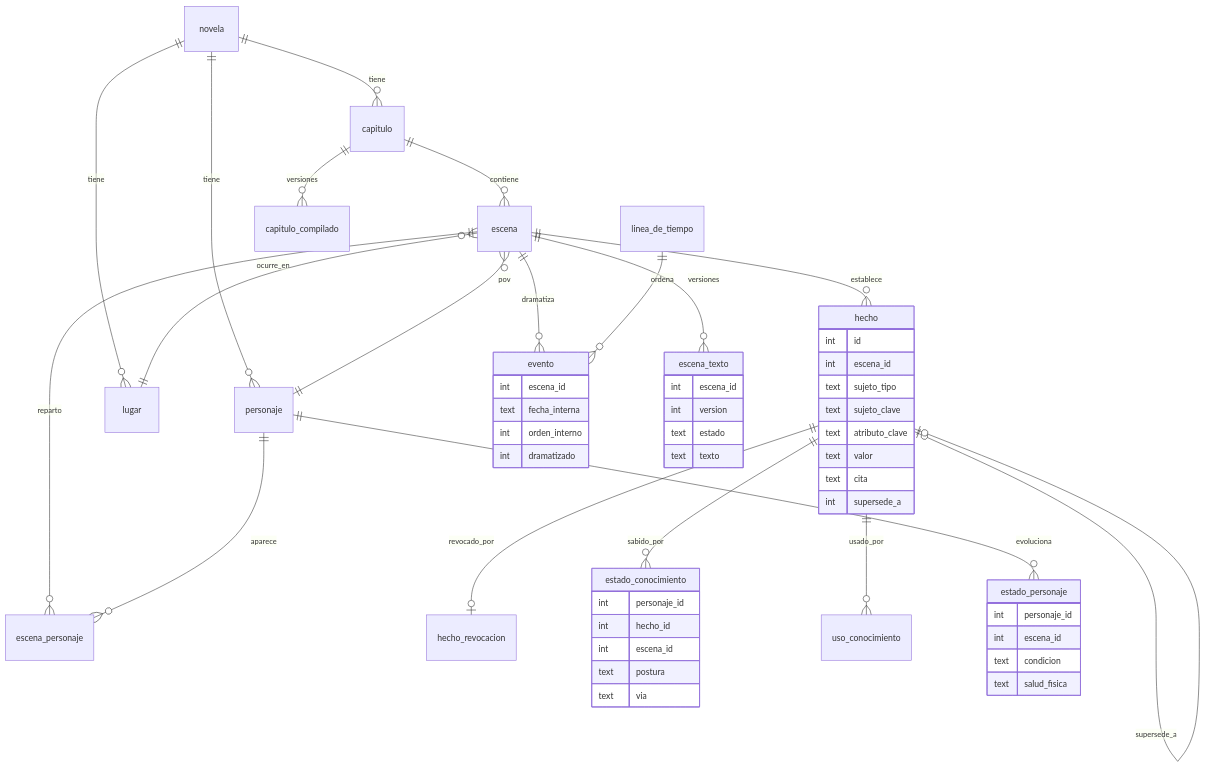
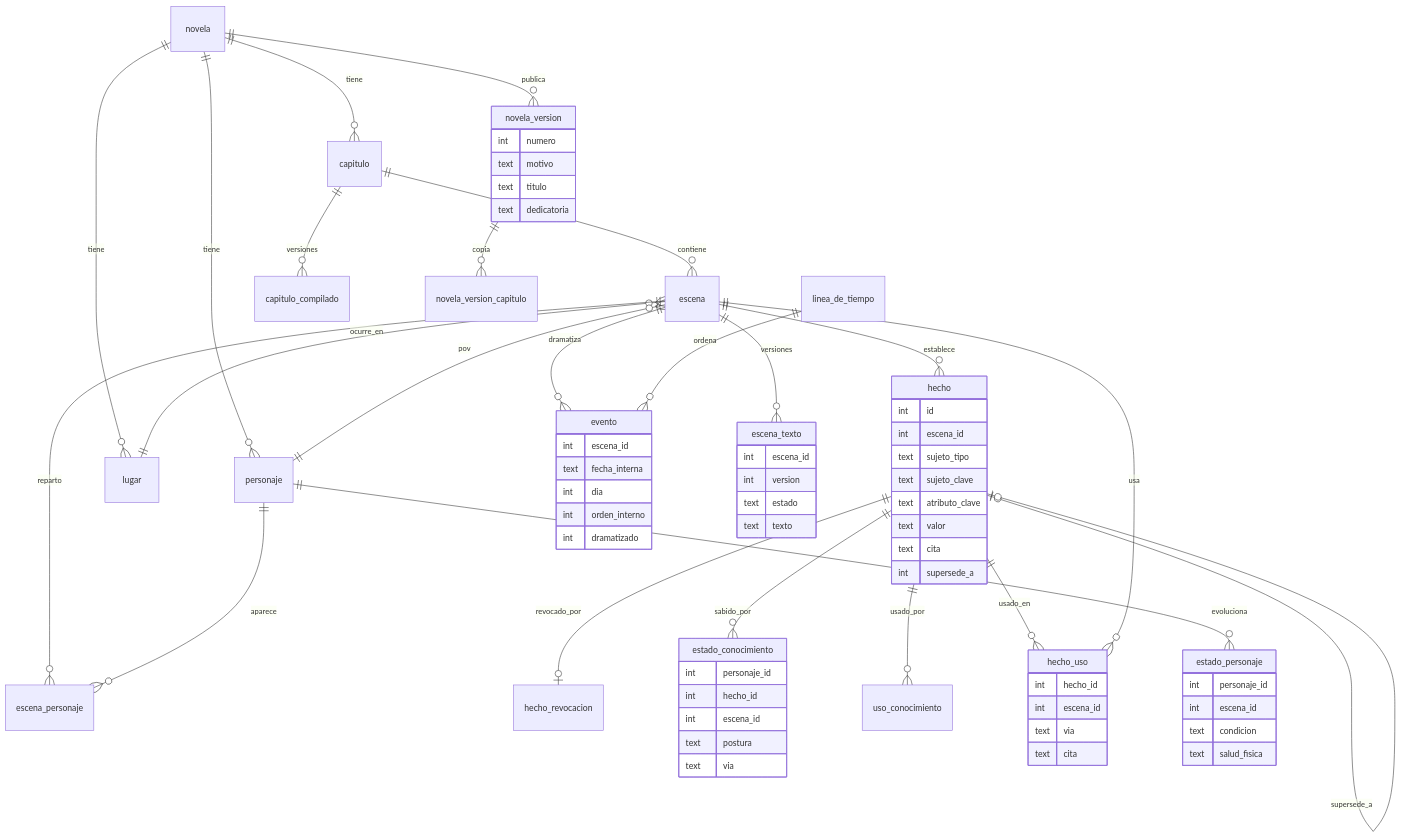
One commit to HaroldSebastianqaracter/novelas-de-horror-espacial changed the third of 3 diagrams in docs/proceso/diagramas.md. Above: the diagram before and after it, drawn with Mermaid. The commit also changed other lines of this file and 32 other files, not shown here.

````diff
--- a/docs/proceso/diagramas.md
+++ b/docs/proceso/diagramas.md
@@ -63,57 +63,74 @@
 ```mermaid
 erDiagram
   novela ||--o{ capitulo : tiene
   novela ||--o{ personaje : tiene
   novela ||--o{ lugar : tiene
   capitulo ||--o{ escena : contiene
   escena }o--|| lugar : ocurre_en
   escena }o--|| personaje : pov
   escena ||--o{ escena_personaje : reparto
   personaje ||--o{ escena_personaje : aparece
   escena ||--o{ hecho : establece
   hecho |o--o| hecho : supersede_a
   hecho ||--o| hecho_revocacion : revocado_por
   hecho ||--o{ estado_conocimiento : sabido_por
   hecho ||--o{ uso_conocimiento : usado_por
+  hecho ||--o{ hecho_uso : usado_en
+  escena ||--o{ hecho_uso : usa
   personaje ||--o{ estado_personaje : evoluciona
   escena ||--o{ evento : dramatiza
   linea_de_tiempo ||--o{ evento : ordena
   escena ||--o{ escena_texto : versiones
   capitulo ||--o{ capitulo_compilado : versiones
+  novela ||--o{ novela_version : publica
+  novela_version ||--o{ novela_version_capitulo : copia
 
   hecho {
     int id
     int escena_id
     text sujeto_tipo
     text sujeto_clave
     text atributo_clave
     text valor
     text cita
     int supersede_a
   }
   estado_conocimiento {
     int personaje_id
     int hecho_id
     int escena_id
     text postura
     text via
   }
   estado_personaje {
     int personaje_id
     int escena_id
     text condicion
     text salud_fisica
   }
+  hecho_uso {
+    int hecho_id
+    int escena_id
+    text via
+    text cita
+  }
   evento {
     int escena_id
     text fecha_interna
+    int dia
     int orden_interno
     int dramatizado
+  }
+  novela_version {
+    int numero
+    text motivo
+    text titulo
+    text dedicatoria
   }
   escena_texto {
     int escena_id
     int version
     text estado
     text texto
   }
 ```
````
